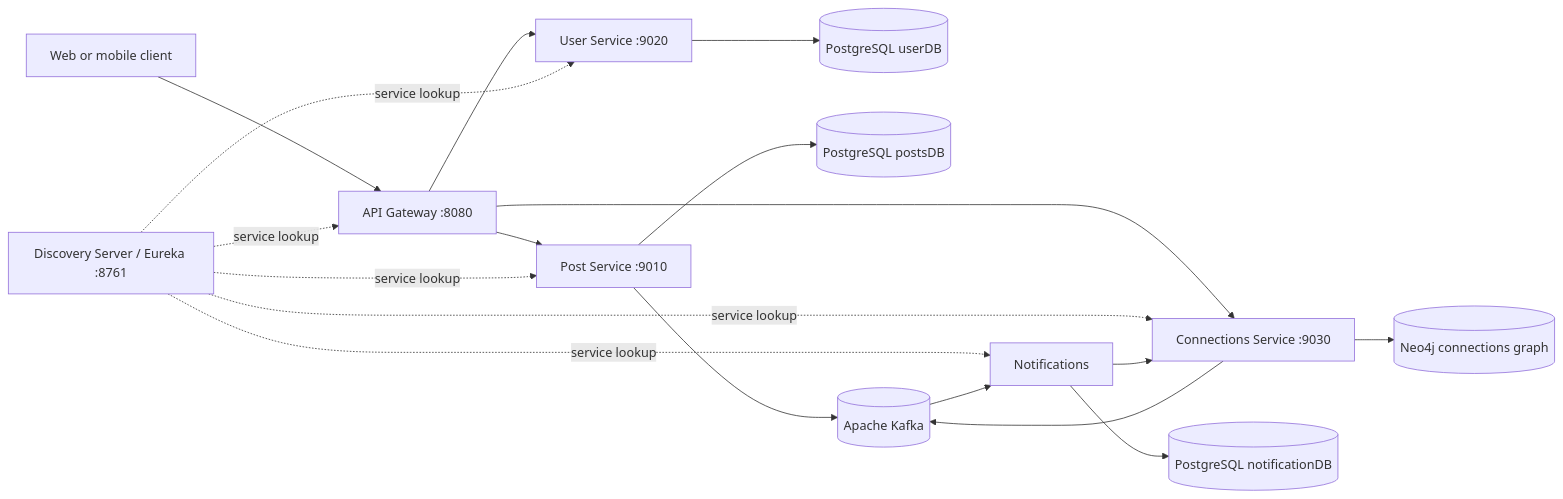
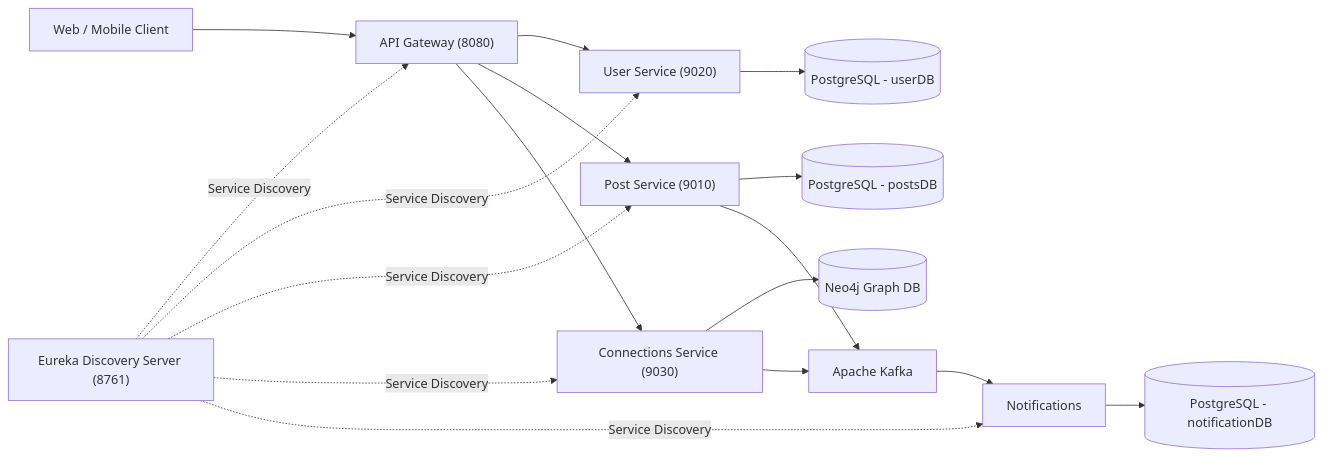
One commit to JayantKumar-13/Sociofy changed the first of 3 diagrams in README.md. Above: the diagram before and after it, drawn with Mermaid. The commit also changed other lines of this file, not shown here.

````diff
--- a/README.md
+++ b/README.md
@@ -23,23 +39,24 @@
 ```mermaid
 flowchart LR
-    Client[Web or mobile client] --> Gateway[API Gateway :8080]
-    Gateway --> User[User Service :9020]
-    Gateway --> Posts[Post Service :9010]
-    Gateway --> Connections[Connections Service :9030]
 
-    Discovery[Discovery Server / Eureka :8761] -. service lookup .-> Gateway
-    Discovery -. service lookup .-> User
-    Discovery -. service lookup .-> Posts
-    Discovery -. service lookup .-> Connections
-    Discovery -. service lookup .-> Notifications
+    Client["Web / Mobile Client"] --> Gateway["API Gateway (8080)"]
 
-    User --> UserDB[(PostgreSQL userDB)]
-    Posts --> PostsDB[(PostgreSQL postsDB)]
-    Connections --> Graph[(Neo4j connections graph)]
-    Notifications --> NotificationDB[(PostgreSQL notificationDB)]
+    Gateway --> User["User Service (9020)"]
+    Gateway --> Posts["Post Service (9010)"]
+    Gateway --> Connections["Connections Service (9030)"]
 
-    Posts --> Kafka[(Apache Kafka)]
+    Discovery["Eureka Discovery Server (8761)"] -. "Service Discovery" .-> Gateway
+    Discovery -. "Service Discovery" .-> User
+    Discovery -. "Service Discovery" .-> Posts
+    Discovery -. "Service Discovery" .-> Connections
+    Discovery -. "Service Discovery" .-> Notifications
+
+    User --> UserDB[("PostgreSQL - userDB")]
+    Posts --> PostsDB[("PostgreSQL - postsDB")]
+    Connections --> GraphDB[("Neo4j Graph DB")]
+    Notifications --> NotificationDB[("PostgreSQL - notificationDB")]
+
+    Posts --> Kafka["Apache Kafka"]
     Connections --> Kafka
     Kafka --> Notifications
-    Notifications --> Connections
 ```
````
